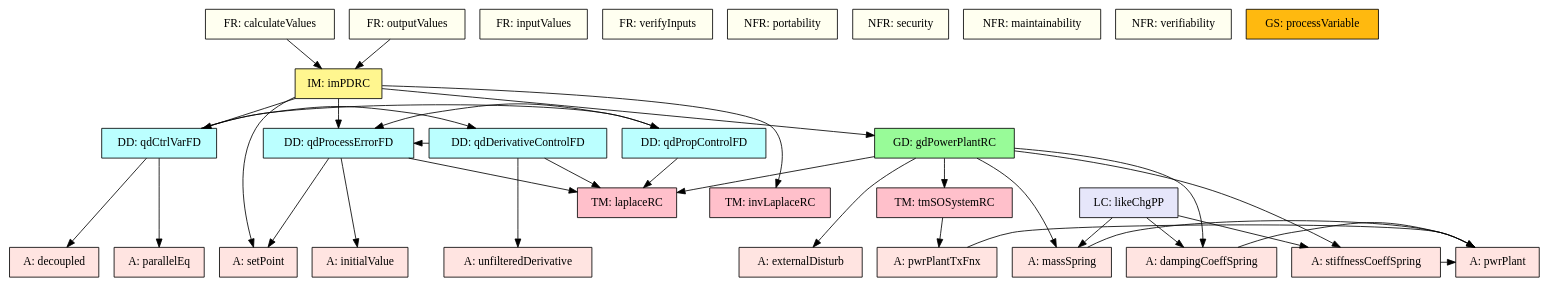
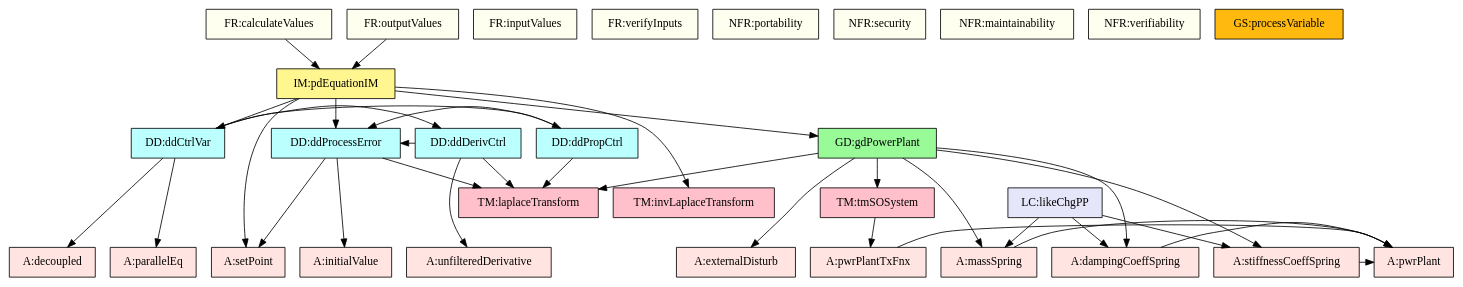
One commit to JacquesCarette/Drasil changed the diagram in code/stable/pdController/TraceyGraph/allvsall.dot. Above: the diagram before and after it, drawn with Graphviz. The commit also changed 43 other files, not shown here.

```diff
--- a/code/stable/pdController/TraceyGraph/allvsall.dot
+++ b/code/stable/pdController/TraceyGraph/allvsall.dot
@@ -1,115 +1,115 @@
 digraph allvsall {
 	pwrPlantTxFnx -> pwrPlant;
 	massSpring -> pwrPlant;
 	dampingCoeffSpring -> pwrPlant;
 	stiffnessCoeffSpring -> pwrPlant;
 	qdProcessErrorFD -> setPoint;
 	qdProcessErrorFD -> initialValue;
 	qdProcessErrorFD -> laplaceRC;
 	qdPropControlFD -> qdProcessErrorFD;
 	qdPropControlFD -> laplaceRC;
 	qdDerivativeControlFD -> unfilteredDerivative;
 	qdDerivativeControlFD -> qdProcessErrorFD;
 	qdDerivativeControlFD -> laplaceRC;
 	qdCtrlVarFD -> decoupled;
 	qdCtrlVarFD -> parallelEq;
 	qdCtrlVarFD -> qdPropControlFD;
 	qdCtrlVarFD -> qdDerivativeControlFD;
 	tmSOSystemRC -> pwrPlantTxFnx;
 	gdPowerPlantRC -> externalDisturb;
 	gdPowerPlantRC -> massSpring;
 	gdPowerPlantRC -> dampingCoeffSpring;
 	gdPowerPlantRC -> stiffnessCoeffSpring;
 	gdPowerPlantRC -> laplaceRC;
 	gdPowerPlantRC -> tmSOSystemRC;
 	imPDRC -> setPoint;
 	imPDRC -> qdProcessErrorFD;
 	imPDRC -> qdCtrlVarFD;
 	imPDRC -> invLaplaceRC;
 	imPDRC -> gdPowerPlantRC;
 	calculateValues -> imPDRC;
 	outputValues -> imPDRC;
 	likeChgPP -> massSpring;
 	likeChgPP -> dampingCoeffSpring;
 	likeChgPP -> stiffnessCoeffSpring;
 
 
-	pwrPlant	[shape=box, color=black, style=filled, fillcolor=mistyrose, label="A: pwrPlant"];
-	decoupled	[shape=box, color=black, style=filled, fillcolor=mistyrose, label="A: decoupled"];
-	setPoint	[shape=box, color=black, style=filled, fillcolor=mistyrose, label="A: setPoint"];
-	externalDisturb	[shape=box, color=black, style=filled, fillcolor=mistyrose, label="A: externalDisturb"];
-	initialValue	[shape=box, color=black, style=filled, fillcolor=mistyrose, label="A: initialValue"];
-	parallelEq	[shape=box, color=black, style=filled, fillcolor=mistyrose, label="A: parallelEq"];
-	unfilteredDerivative	[shape=box, color=black, style=filled, fillcolor=mistyrose, label="A: unfilteredDerivative"];
-	pwrPlantTxFnx	[shape=box, color=black, style=filled, fillcolor=mistyrose, label="A: pwrPlantTxFnx"];
-	massSpring	[shape=box, color=black, style=filled, fillcolor=mistyrose, label="A: massSpring"];
-	dampingCoeffSpring	[shape=box, color=black, style=filled, fillcolor=mistyrose, label="A: dampingCoeffSpring"];
-	stiffnessCoeffSpring	[shape=box, color=black, style=filled, fillcolor=mistyrose, label="A: stiffnessCoeffSpring"];
+	pwrPlant	[shape=box, color=black, style=filled, fillcolor=mistyrose, label="A:pwrPlant"];
+	decoupled	[shape=box, color=black, style=filled, fillcolor=mistyrose, label="A:decoupled"];
+	setPoint	[shape=box, color=black, style=filled, fillcolor=mistyrose, label="A:setPoint"];
+	externalDisturb	[shape=box, color=black, style=filled, fillcolor=mistyrose, label="A:externalDisturb"];
+	initialValue	[shape=box, color=black, style=filled, fillcolor=mistyrose, label="A:initialValue"];
+	parallelEq	[shape=box, color=black, style=filled, fillcolor=mistyrose, label="A:parallelEq"];
+	unfilteredDerivative	[shape=box, color=black, style=filled, fillcolor=mistyrose, label="A:unfilteredDerivative"];
+	pwrPlantTxFnx	[shape=box, color=black, style=filled, fillcolor=mistyrose, label="A:pwrPlantTxFnx"];
+	massSpring	[shape=box, color=black, style=filled, fillcolor=mistyrose, label="A:massSpring"];
+	dampingCoeffSpring	[shape=box, color=black, style=filled, fillcolor=mistyrose, label="A:dampingCoeffSpring"];
+	stiffnessCoeffSpring	[shape=box, color=black, style=filled, fillcolor=mistyrose, label="A:stiffnessCoeffSpring"];
 
 	subgraph A {
 	rank="same"
 	{pwrPlant, decoupled, setPoint, externalDisturb, initialValue, parallelEq, unfilteredDerivative, pwrPlantTxFnx, massSpring, dampingCoeffSpring, stiffnessCoeffSpring}
 	}
 
-	qdProcessErrorFD	[shape=box, color=black, style=filled, fillcolor=paleturquoise1, label="DD: qdProcessErrorFD"];
-	qdPropControlFD	[shape=box, color=black, style=filled, fillcolor=paleturquoise1, label="DD: qdPropControlFD"];
-	qdDerivativeControlFD	[shape=box, color=black, style=filled, fillcolor=paleturquoise1, label="DD: qdDerivativeControlFD"];
-	qdCtrlVarFD	[shape=box, color=black, style=filled, fillcolor=paleturquoise1, label="DD: qdCtrlVarFD"];
+	qdProcessErrorFD	[shape=box, color=black, style=filled, fillcolor=paleturquoise1, label="DD:ddProcessError"];
+	qdPropControlFD	[shape=box, color=black, style=filled, fillcolor=paleturquoise1, label="DD:ddPropCtrl"];
+	qdDerivativeControlFD	[shape=box, color=black, style=filled, fillcolor=paleturquoise1, label="DD:ddDerivCtrl"];
+	qdCtrlVarFD	[shape=box, color=black, style=filled, fillcolor=paleturquoise1, label="DD:ddCtrlVar"];
 
 	subgraph DD {
 	rank="same"
 	{qdProcessErrorFD, qdPropControlFD, qdDerivativeControlFD, qdCtrlVarFD}
 	}
 
-	laplaceRC	[shape=box, color=black, style=filled, fillcolor=pink, label="TM: laplaceRC"];
-	invLaplaceRC	[shape=box, color=black, style=filled, fillcolor=pink, label="TM: invLaplaceRC"];
-	tmSOSystemRC	[shape=box, color=black, style=filled, fillcolor=pink, label="TM: tmSOSystemRC"];
+	laplaceRC	[shape=box, color=black, style=filled, fillcolor=pink, label="TM:laplaceTransform"];
+	invLaplaceRC	[shape=box, color=black, style=filled, fillcolor=pink, label="TM:invLaplaceTransform"];
+	tmSOSystemRC	[shape=box, color=black, style=filled, fillcolor=pink, label="TM:tmSOSystem"];
 
 	subgraph TM {
 	rank="same"
 	{laplaceRC, invLaplaceRC, tmSOSystemRC}
 	}
 
-	gdPowerPlantRC	[shape=box, color=black, style=filled, fillcolor=palegreen, label="GD: gdPowerPlantRC"];
+	gdPowerPlantRC	[shape=box, color=black, style=filled, fillcolor=palegreen, label="GD:gdPowerPlant"];
 
 	subgraph GD {
 	rank="same"
 	{gdPowerPlantRC}
 	}
 
-	imPDRC	[shape=box, color=black, style=filled, fillcolor=khaki1, label="IM: imPDRC"];
+	imPDRC	[shape=box, color=black, style=filled, fillcolor=khaki1, label="IM:pdEquationIM"];
 
 	subgraph IM {
 	rank="same"
 	{imPDRC}
 	}
 
-	inputValues	[shape=box, color=black, style=filled, fillcolor=ivory, label="FR: inputValues"];
-	verifyInputs	[shape=box, color=black, style=filled, fillcolor=ivory, label="FR: verifyInputs"];
-	calculateValues	[shape=box, color=black, style=filled, fillcolor=ivory, label="FR: calculateValues"];
-	outputValues	[shape=box, color=black, style=filled, fillcolor=ivory, label="FR: outputValues"];
-	portability	[shape=box, color=black, style=filled, fillcolor=ivory, label="NFR: portability"];
-	security	[shape=box, color=black, style=filled, fillcolor=ivory, label="NFR: security"];
-	maintainability	[shape=box, color=black, style=filled, fillcolor=ivory, label="NFR: maintainability"];
-	verifiability	[shape=box, color=black, style=filled, fillcolor=ivory, label="NFR: verifiability"];
+	inputValues	[shape=box, color=black, style=filled, fillcolor=ivory, label="FR:inputValues"];
+	verifyInputs	[shape=box, color=black, style=filled, fillcolor=ivory, label="FR:verifyInputs"];
+	calculateValues	[shape=box, color=black, style=filled, fillcolor=ivory, label="FR:calculateValues"];
+	outputValues	[shape=box, color=black, style=filled, fillcolor=ivory, label="FR:outputValues"];
+	portability	[shape=box, color=black, style=filled, fillcolor=ivory, label="NFR:portability"];
+	security	[shape=box, color=black, style=filled, fillcolor=ivory, label="NFR:security"];
+	maintainability	[shape=box, color=black, style=filled, fillcolor=ivory, label="NFR:maintainability"];
+	verifiability	[shape=box, color=black, style=filled, fillcolor=ivory, label="NFR:verifiability"];
 
-	subgraph R {
+	subgraph FR {
 	rank="same"
 	{inputValues, verifyInputs, calculateValues, outputValues, portability, security, maintainability, verifiability}
 	}
 
-	processVariable	[shape=box, color=black, style=filled, fillcolor=darkgoldenrod1, label="GS: processVariable"];
+	processVariable	[shape=box, color=black, style=filled, fillcolor=darkgoldenrod1, label="GS:processVariable"];
 
 	subgraph GS {
 	rank="same"
 	{processVariable}
 	}
 
-	likeChgPP	[shape=box, color=black, style=filled, fillcolor=lavender, label="LC: likeChgPP"];
+	likeChgPP	[shape=box, color=black, style=filled, fillcolor=lavender, label="LC:likeChgPP"];
 
-	subgraph C {
+	subgraph LC {
 	rank="same"
 	{likeChgPP}
 	}
 
 }
```
